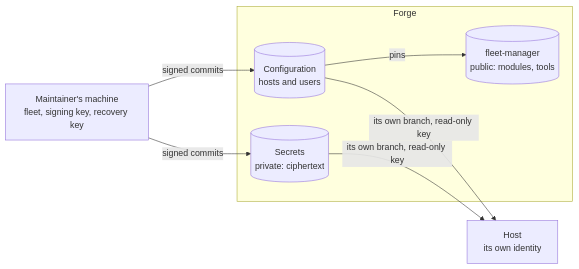
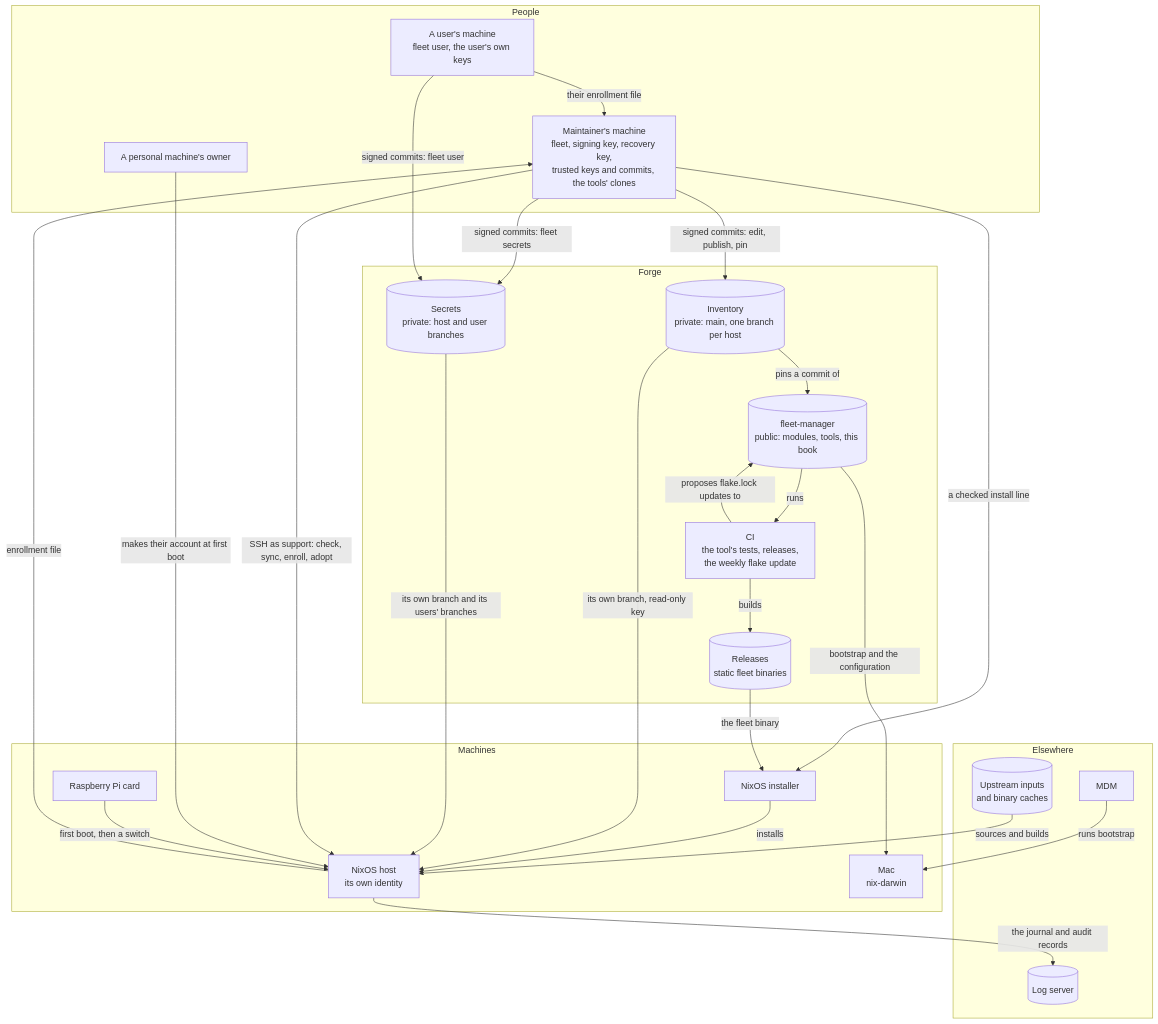
One commit to nnishant776/fleet-manager changed the first of 3 diagrams in docs/how-it-works.md. Above: the diagram before and after it, drawn with Mermaid. The commit also changed other lines of this file, not shown here.

````diff
--- a/docs/how-it-works.md
+++ b/docs/how-it-works.md
@@ -27,16 +45,48 @@
 ```mermaid
-flowchart LR
-    maintainer["Maintainer's machine<br/>fleet, signing key, recovery key"]
+flowchart TB
+    subgraph people["People"]
+        maint["Maintainer's machine<br/>fleet, signing key, recovery key,<br/>trusted keys and commits, the tools' clones"]
+        user["A user's machine<br/>fleet user, the user's own keys"]
+        owner["A personal machine's owner"]
+    end
     subgraph forge["Forge"]
-        manager[("fleet-manager<br/>public: modules, tools")]
-        config[("Configuration<br/>hosts and users")]
-        secrets[("Secrets<br/>private: ciphertext")]
+        fm[("fleet-manager<br/>public: modules, tools, this book")]
+        ci["CI<br/>the tool's tests, releases,<br/>the weekly flake update"]
+        rel[("Releases<br/>static fleet binaries")]
+        inv[("Inventory<br/>private: main, one branch per host")]
+        sec[("Secrets<br/>private: host and user branches")]
     end
-    host["Host<br/>its own identity"]
+    subgraph machines["Machines"]
+        iso["NixOS installer"]
+        host["NixOS host<br/>its own identity"]
+        mac["Mac<br/>nix-darwin"]
+        card["Raspberry Pi card"]
+    end
+    subgraph outside["Elsewhere"]
+        up[("Upstream inputs<br/>and binary caches")]
+        loki[("Log server")]
+        mdm["MDM"]
+    end
 
-    maintainer -- "signed commits" --> config
-    maintainer -- "signed commits" --> secrets
-    config -- "pins" --> manager
-    config -- "its own branch, read-only key" --> host
-    secrets -- "its own branch, read-only key" --> host
+    maint -- "signed commits: edit, publish, pin" --> inv
+    maint -- "signed commits: fleet secrets" --> sec
+    user -- "signed commits: fleet user" --> sec
+    user -- "their enrollment file" --> maint
+    inv -- "pins a commit of" --> fm
+    fm -- "runs" --> ci
+    ci -- "builds" --> rel
+    ci -- "proposes flake.lock updates to" --> fm
+    maint -- "a checked install line" --> iso
+    rel -- "the fleet binary" --> iso
+    iso -- "installs" --> host
+    host -- "enrollment file" --> maint
+    inv -- "its own branch, read-only key" --> host
+    sec -- "its own branch and its users' branches" --> host
+    up -- "sources and builds" --> host
+    maint -- "SSH as support: check, sync, enroll, adopt" --> host
+    owner -- "makes their account at first boot" --> host
+    host -- "the journal and audit records" --> loki
+    mdm -- "runs bootstrap" --> mac
+    fm -- "bootstrap and the configuration" --> mac
+    card -- "first boot, then a switch" --> host
 ```
````
